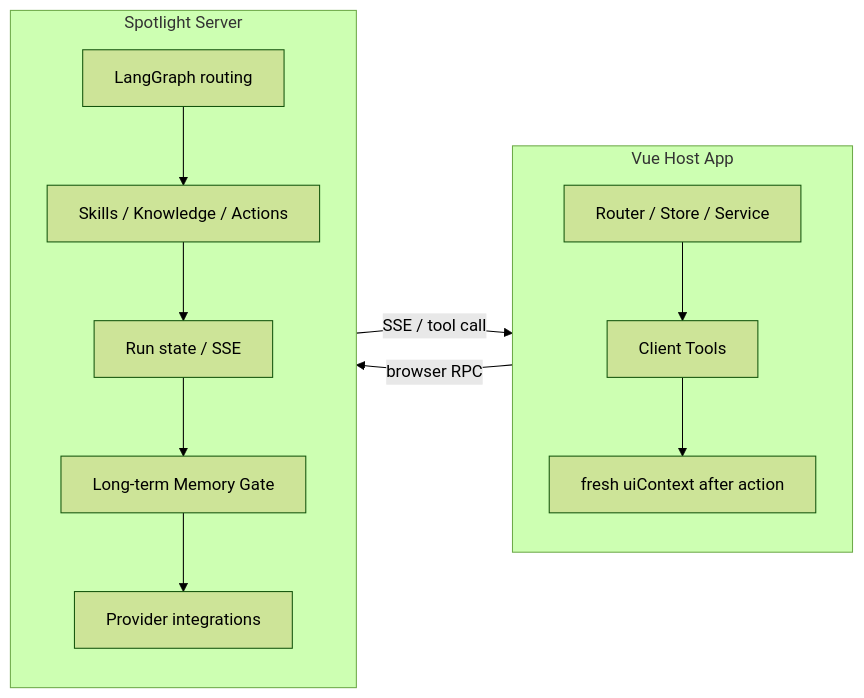
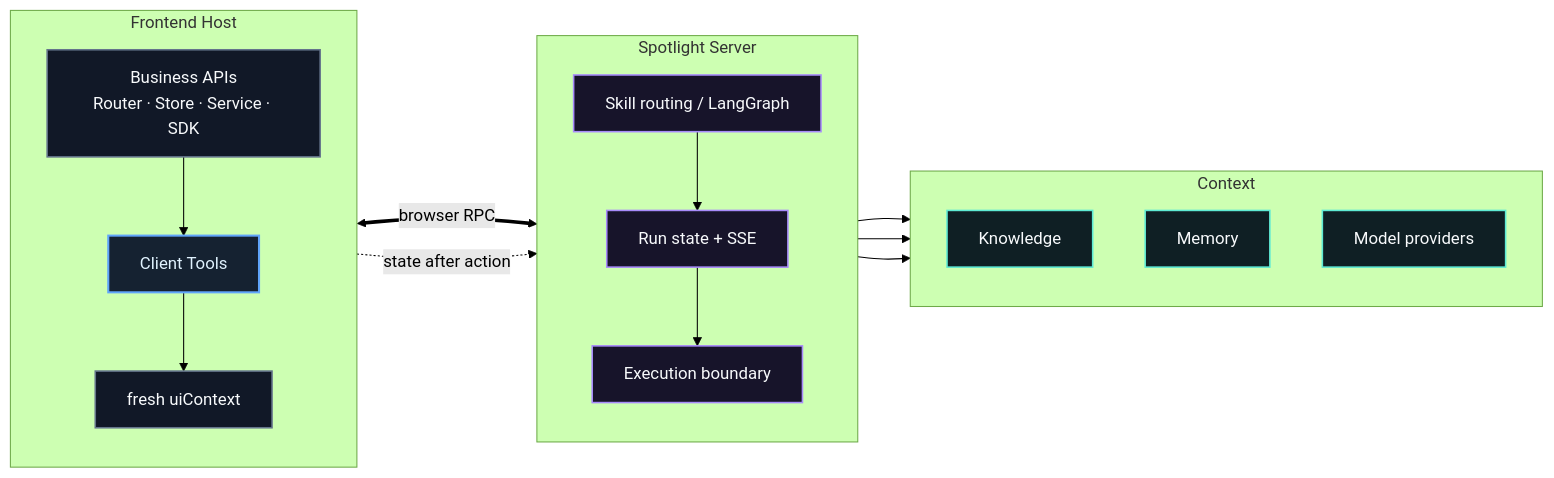
One commit to Inupedia/inupedia-spotlight changed the fourth of 4 diagrams in README.md. Above: the diagram before and after it, drawn with Mermaid (forest theme). The commit also changed other lines of this file, not shown here.

Commit message:
docs: generalize positioning and redesign architecture diagrams

````diff
--- a/README.md
+++ b/README.md
@@ -147,19 +186,36 @@
 ```mermaid
 flowchart LR
-    subgraph HOST["Vue Host App"]
+    classDef host fill:#111827,stroke:#64748b,color:#f8fafc,stroke-width:1.5px;
+    classDef bridge fill:#152231,stroke:#60a5fa,color:#e0f2fe,stroke-width:2px;
+    classDef server fill:#17142a,stroke:#a78bfa,color:#f8fafc,stroke-width:1.5px;
+    classDef data fill:#0f1f24,stroke:#5eead4,color:#f8fafc,stroke-width:1.5px;
+
+    subgraph HOST["Frontend Host"]
         direction TB
-        BIZ["Router / Store / Service"] --> TOOLS["Client Tools"]
-        TOOLS --> UICTX["fresh uiContext after action"]
+        BIZ["Business APIs<br/>Router · Store · Service · SDK"]:::host
+        TOOL["Client Tools"]:::bridge
+        CTX["fresh uiContext"]:::host
+        BIZ --> TOOL --> CTX
     end
 
     subgraph SERVER["Spotlight Server"]
         direction TB
-        ROUTER["LangGraph routing"] --> AGENT["Skills / Knowledge / Actions"]
-        AGENT --> RUNS["Run state / SSE"]
-        RUNS --> MEMORY["Long-term Memory Gate"]
-        MEMORY --> PROVIDERS["Provider integrations"]
+        ROUTE["Skill routing / LangGraph"]:::server
+        RUN["Run state + SSE"]:::server
+        SAFE["Execution boundary"]:::server
+        ROUTE --> RUN --> SAFE
     end
 
-    TOOLS -- "browser RPC" --> ROUTER
-    RUNS -- "SSE / tool call" --> TOOLS
+    subgraph DATA["Context"]
+        direction TB
+        K["Knowledge"]:::data
+        M["Memory"]:::data
+        P["Model providers"]:::data
+    end
+
+    TOOL <== "browser RPC" ==> RUN
+    CTX -. "state after action" .-> ROUTE
+    ROUTE --> K
+    ROUTE --> M
+    ROUTE --> P
 ```
````
